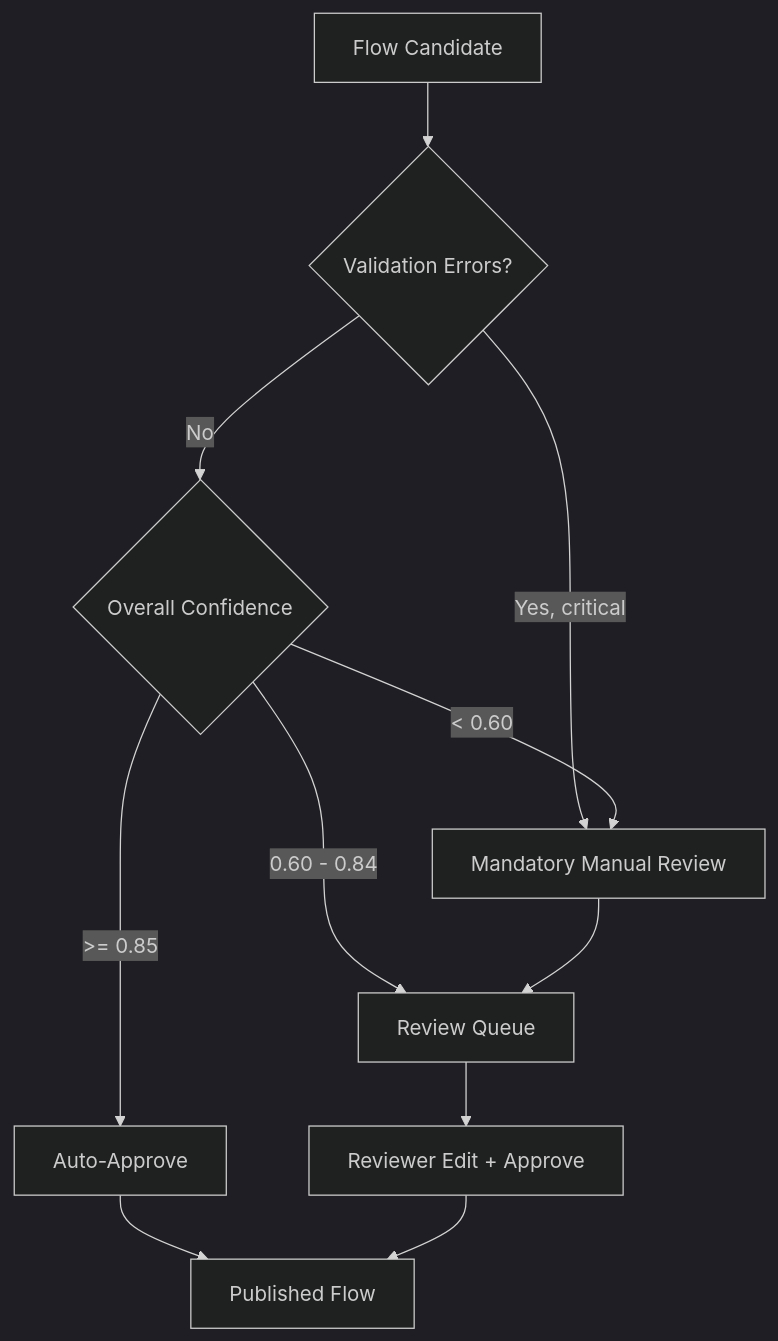
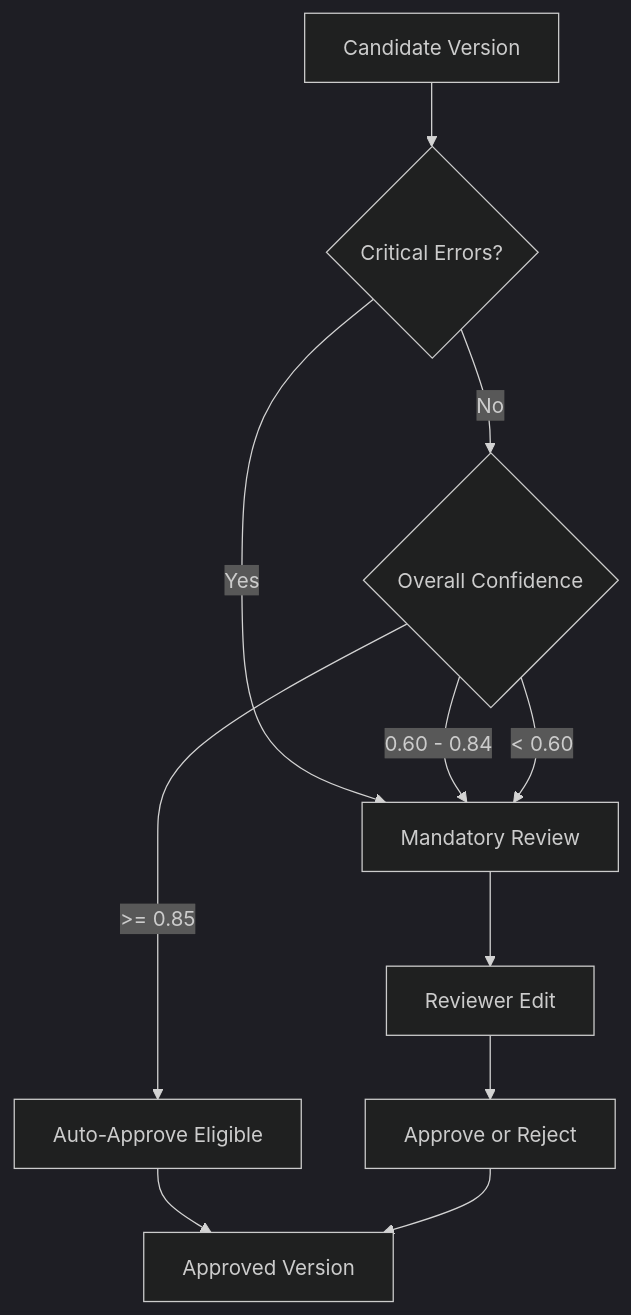
Before and after one commit to tigges/Workflow-designer: the third of 3 diagrams in INTELLIGENT_IMPORT_FLOW_SPEC.md, drawn with Mermaid (dark theme). The commit also changed other lines of this file and 1 other file, not shown here.

````diff
--- a/INTELLIGENT_IMPORT_FLOW_SPEC.md
+++ b/INTELLIGENT_IMPORT_FLOW_SPEC.md
@@ -210,13 +302,13 @@
 ```mermaid
 flowchart TD
-    A[Flow Candidate] --> B{Validation Errors?}
-    B -->|Yes, critical| C[Mandatory Manual Review]
+    A[Candidate Version] --> B{Critical Errors?}
+    B -->|Yes| C[Mandatory Review]
     B -->|No| D{Overall Confidence}
-    D -->|>= 0.85| E[Auto-Approve]
-    D -->|0.60 - 0.84| F[Review Queue]
+    D -->|>= 0.85| E[Auto-Approve Eligible]
+    D -->|0.60 - 0.84| C
     D -->|< 0.60| C
-    C --> F
-    F --> G[Reviewer Edit + Approve]
-    E --> H[Published Flow]
+    C --> F[Reviewer Edit]
+    F --> G[Approve or Reject]
+    E --> H[Approved Version]
     G --> H
 ```
````
